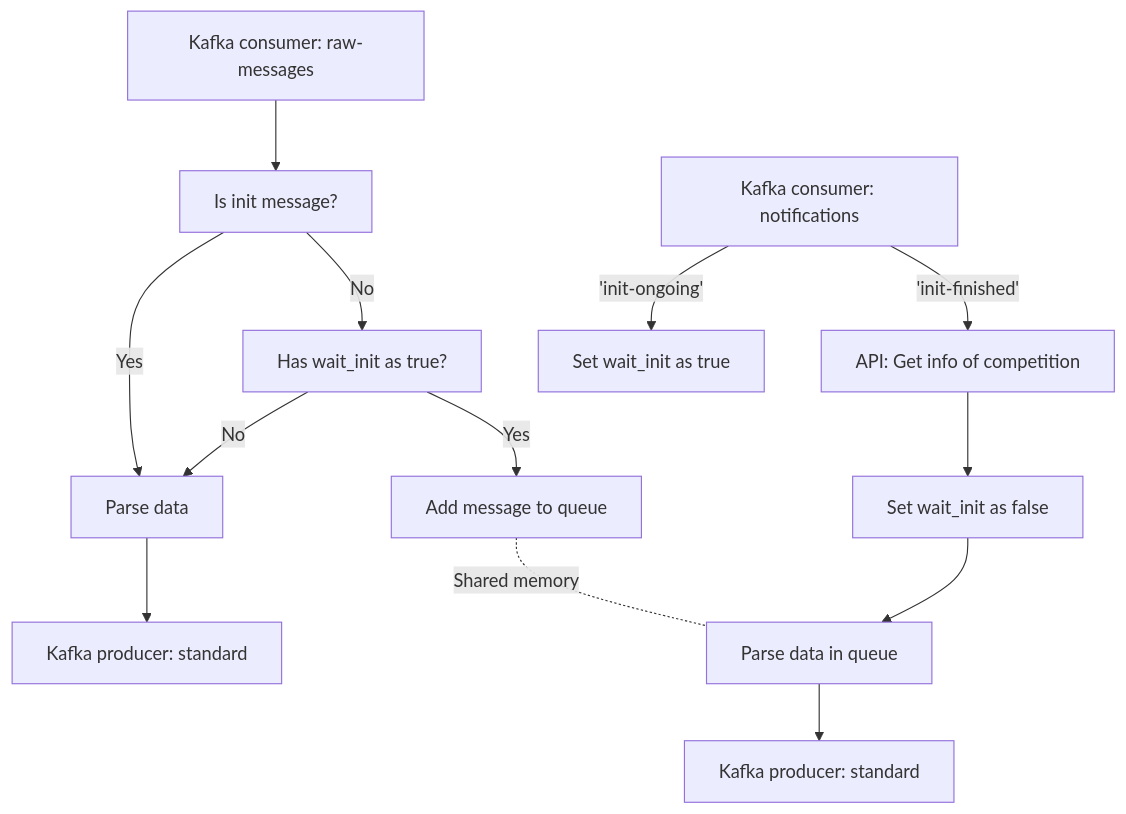
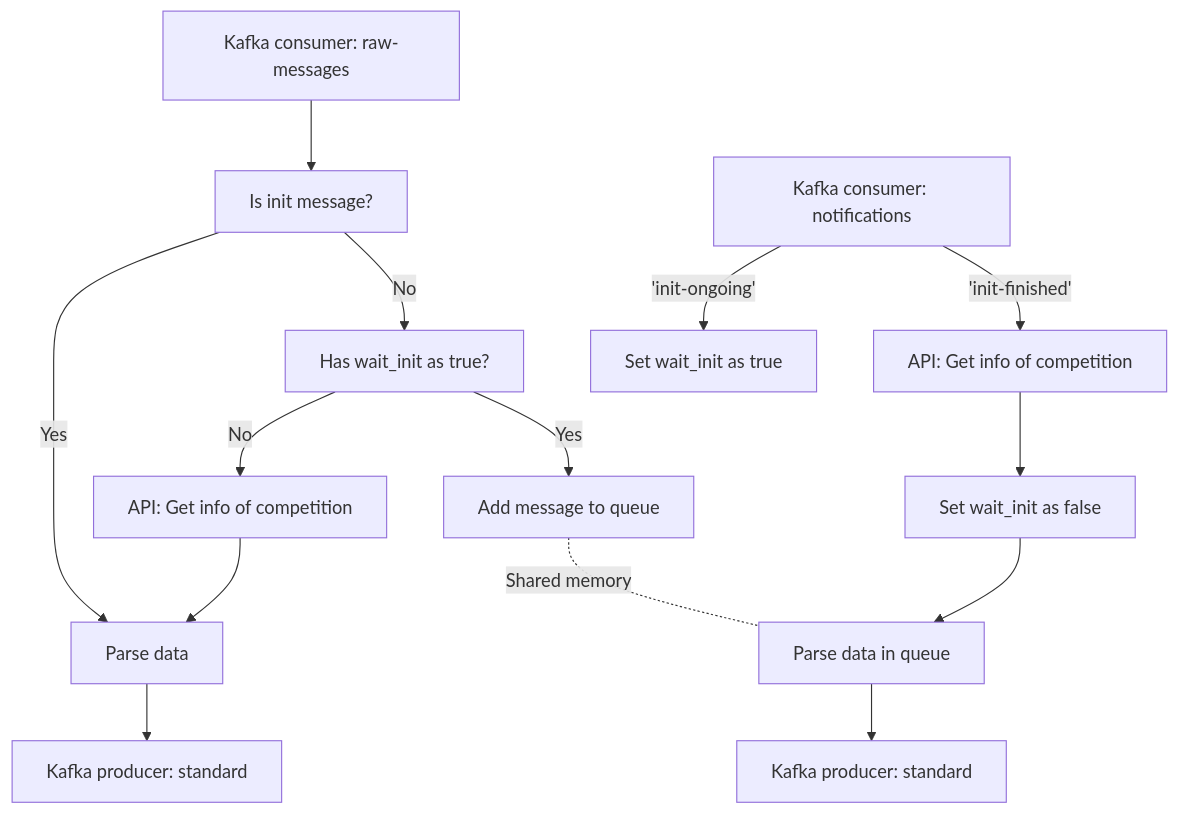
One commit to DimasDMM/live-timing-strategy changed the second of 3 diagrams in lts-pipeline/README.md. Above: the diagram before and after it, drawn with Mermaid. The commit also changed 21 other files, not shown here.

````diff
--- a/lts-pipeline/README.md
+++ b/lts-pipeline/README.md
@@ -105,19 +105,20 @@
 ```mermaid
 graph TD;
   A[Kafka consumer: raw-messages]
   A --> M[Is init message?]
   M -- No --> B[Has wait_init as true?]
   B -- Yes --> E[Add message to queue]
-  B -- No --> C[Parse data]
-  M -- Yes --> C
-  C --> D[Kafka producer: standard]
+  B -- No --> C[API: Get info of competition]
+  C --> N[Parse data]
+  M -- Yes --> N
+  N --> D[Kafka producer: standard]
 
   F[Kafka consumer: notifications]
   F -- 'init-finished' --> H[API: Get info of competition]
   H --> I[Set wait_init as false]
   I --> J[Parse data in queue]
   J --> K[Kafka producer: standard]
   F -- 'init-ongoing' --> L[Set wait_init as true]
 
   E -. Shared memory .- J
 ```
````
